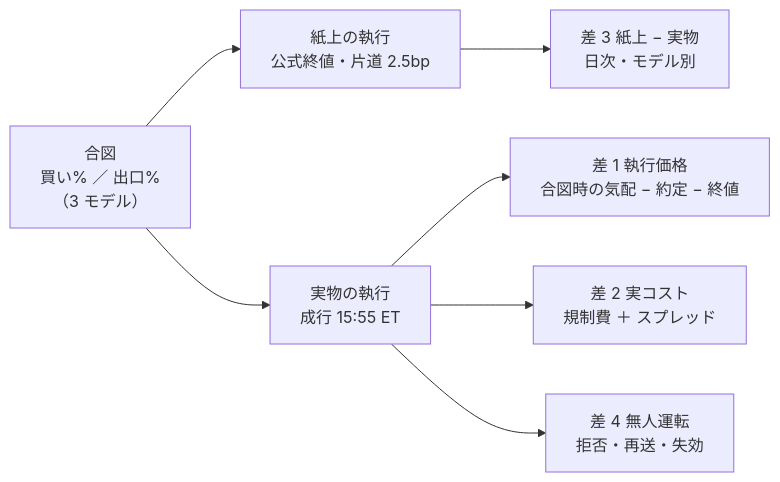
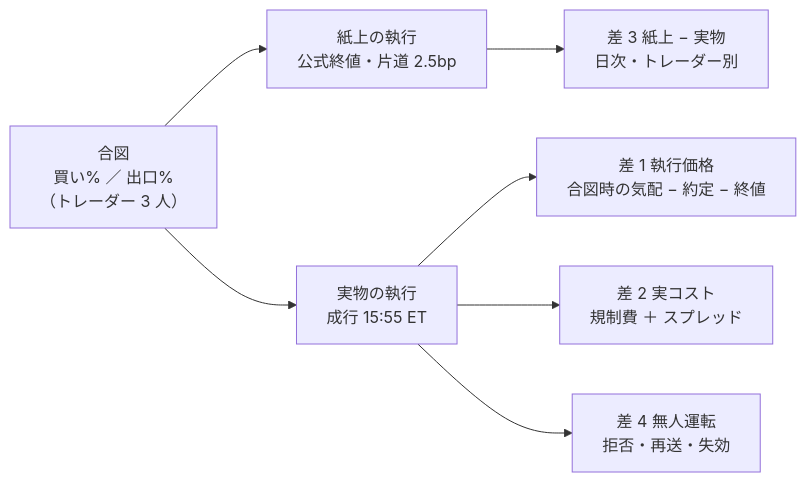
Before and after one commit to akiraak/ai-income-lab: the first of 3 diagrams in docs/plans/live-trading-three-models.md, drawn with Mermaid. The commit also changed other lines of this file and 4 other files, not shown here.

````diff
--- a/docs/plans/live-trading-three-models.md
+++ b/docs/plans/live-trading-three-models.md
@@ -40,9 +41,9 @@
 ```mermaid
 flowchart LR
-  S["合図<br/>買い% ／ 出口%<br/>（3 モデル）"] --> P["紙上の執行<br/>公式終値・片道 2.5bp"]
+  S["合図<br/>買い% ／ 出口%<br/>（トレーダー 3 人）"] --> P["紙上の執行<br/>公式終値・片道 2.5bp"]
   S --> R["実物の執行<br/>成行 15:55 ET"]
   R --> G1["差 1 執行価格<br/>合図時の気配 − 約定 − 終値"]
   R --> G2["差 2 実コスト<br/>規制費 ＋ スプレッド"]
-  P --> G3["差 3 紙上 − 実物<br/>日次・モデル別"]
+  P --> G3["差 3 紙上 − 実物<br/>日次・トレーダー別"]
   R --> G4["差 4 無人運転<br/>拒否・再送・失効"]
 ```
````
